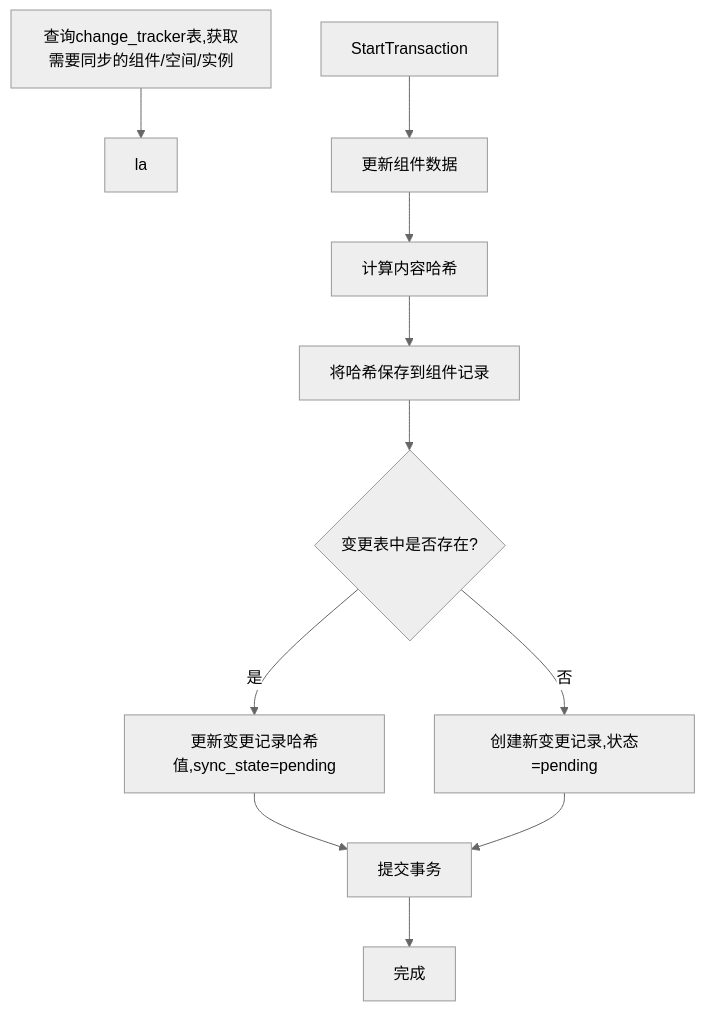
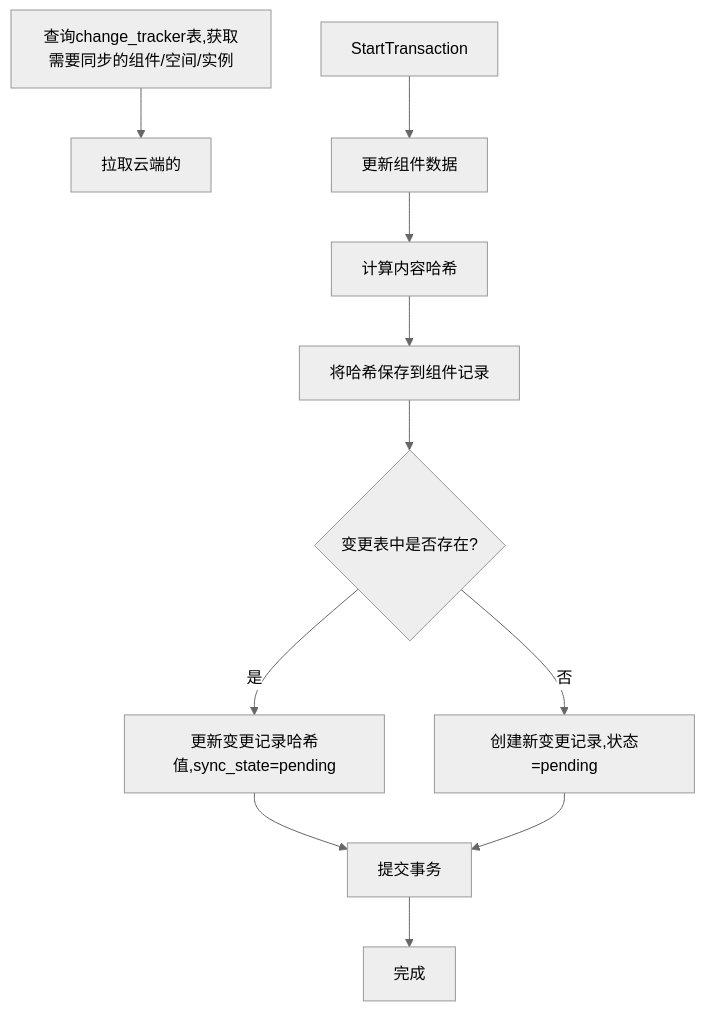
The diagram in all/未命名-43.md (yingjianzh/iodraw-files), drawn with Mermaid (neutral theme) before and after one commit.

Commit message:
2025-04-25 18:13:11 update

````diff
--- a/all/未命名-43.md
+++ b/all/未命名-43.md
@@ -1,17 +1,17 @@
 ```mermaid
 
 flowchart TD
-    Start[查询change_tracker表,获取需要同步的组件/空间/实例] --> A[la]
+    Start[查询change_tracker表,获取需要同步的组件/空间/实例] --> A[拉取云端的]
     StartTransaction --> UpdateComponent[更新组件数据]
     UpdateComponent --> CalcHash[计算内容哈希]
     CalcHash --> SaveHash[将哈希保存到组件记录]
     SaveHash --> CheckExists{变更表中是否存在?}
     
     CheckExists -- 是 --> UpdateChange[更新变更记录哈希值,sync_state=pending]
     CheckExists -- 否 --> CreateChange[创建新变更记录,状态=pending]
     
     UpdateChange --> CommitTransaction[提交事务]
     CreateChange --> CommitTransaction
     CommitTransaction --> End[完成]
 
 ```
````
